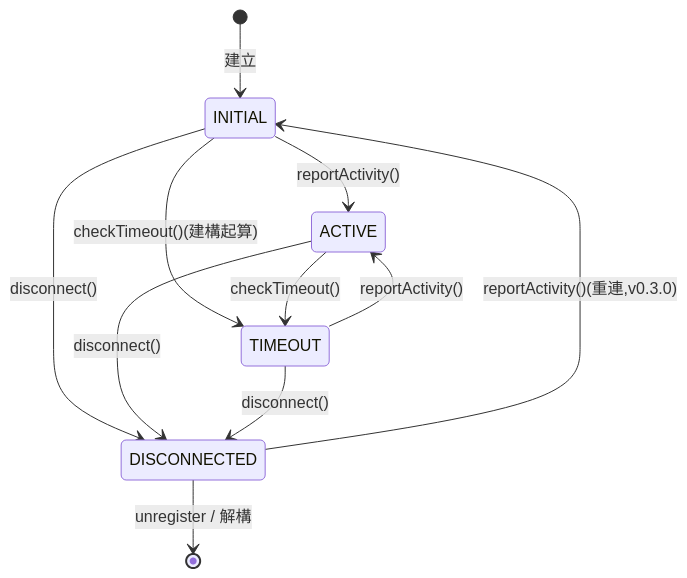
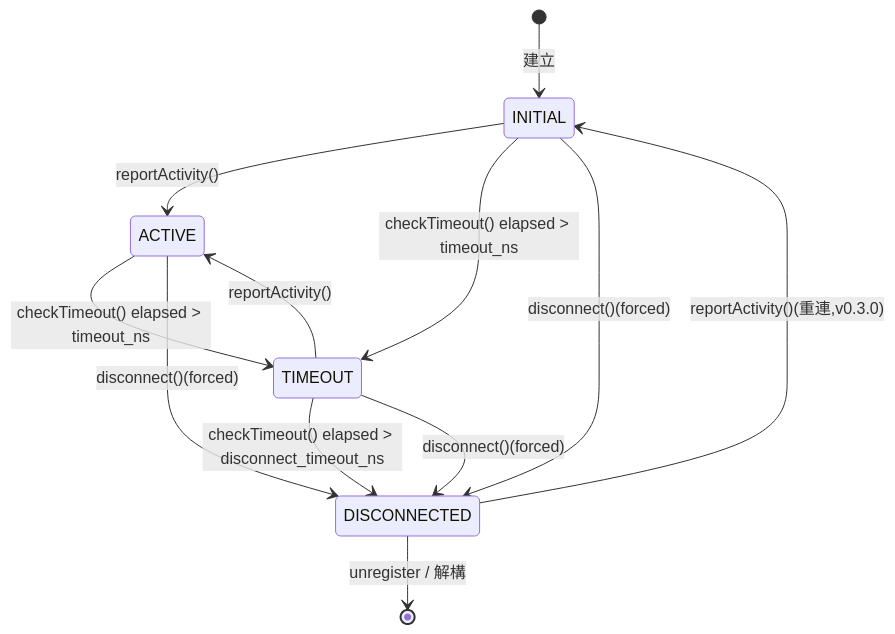
The second of 6 diagrams in r1_design_draft.md (cocobird231/rv2_project), drawn with Mermaid before and after one commit. The commit also changed other lines of this file, not shown here.

````diff
--- a/r1_design_draft.md
+++ b/r1_design_draft.md
@@ -185,13 +207,14 @@
 ```mermaid
 stateDiagram-v2
     [*] --> INITIAL : 建立
     INITIAL --> ACTIVE : reportActivity()
-    INITIAL --> TIMEOUT : checkTimeout()(建構起算)
-    ACTIVE --> TIMEOUT : checkTimeout()
+    INITIAL --> TIMEOUT : checkTimeout() elapsed > timeout_ns
+    ACTIVE --> TIMEOUT : checkTimeout() elapsed > timeout_ns
     TIMEOUT --> ACTIVE : reportActivity()
-    INITIAL --> DISCONNECTED : disconnect()
-    ACTIVE --> DISCONNECTED : disconnect()
-    TIMEOUT --> DISCONNECTED : disconnect()
+    TIMEOUT --> DISCONNECTED : checkTimeout() elapsed > disconnect_timeout_ns
+    INITIAL --> DISCONNECTED : disconnect()(forced)
+    ACTIVE --> DISCONNECTED : disconnect()(forced)
+    TIMEOUT --> DISCONNECTED : disconnect()(forced)
     DISCONNECTED --> INITIAL : reportActivity()(重連,v0.3.0)
     DISCONNECTED --> [*] : unregister / 解構
 ```
````
